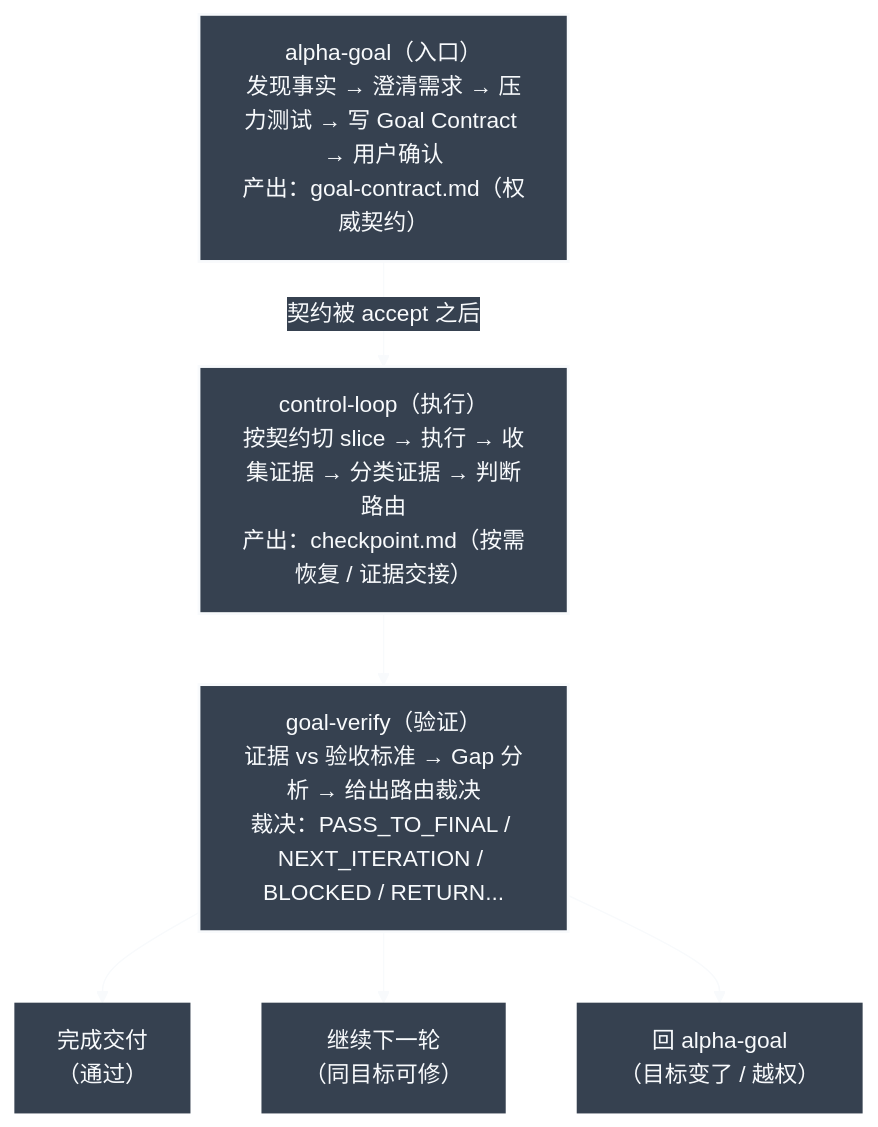
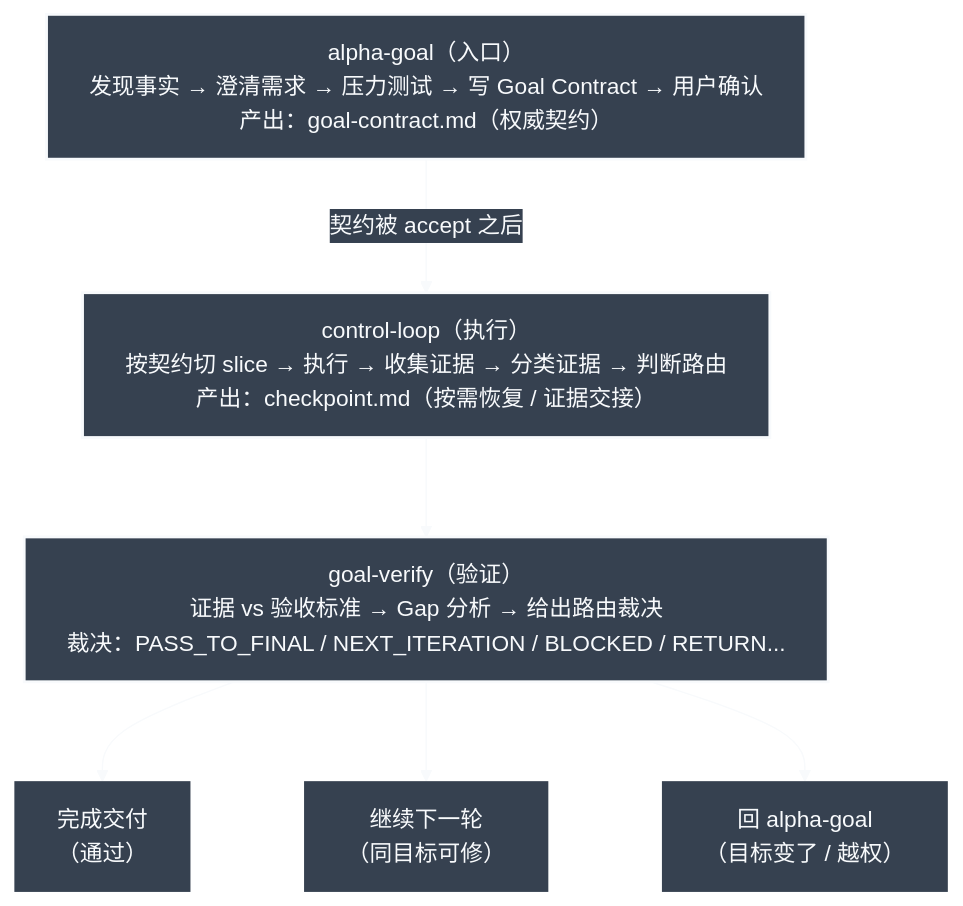
The diagram in README.md (azhonglee/alpha-goal), drawn with Mermaid before and after one commit. The commit also changed other lines of this file and 1 other file, not shown here.

Commit message:
Refine README architecture diagram and sections

````diff
--- a/README.md
+++ b/README.md
@@ -21,18 +21,18 @@
 ```mermaid
-%%{init: {"theme":"base","themeVariables":{"background":"#364150","primaryColor":"#364150","primaryTextColor":"#f8fafc","primaryBorderColor":"#f8fafc","lineColor":"#f8fafc","edgeLabelBackground":"#364150","fontFamily":"ui-monospace, SFMono-Regular, Menlo, Monaco, Consolas, monospace"}}}%%
+%%{init: {"theme":"base","flowchart":{"wrappingWidth":720,"nodeSpacing":80,"rankSpacing":70,"htmlLabels":true},"markdownAutoWrap":false,"themeVariables":{"background":"#364150","primaryColor":"#364150","primaryTextColor":"#f8fafc","primaryBorderColor":"#f8fafc","lineColor":"#f8fafc","edgeLabelBackground":"#364150","fontFamily":"ui-monospace, SFMono-Regular, Menlo, Monaco, Consolas, monospace"}}}%%
 flowchart TD
   AG["alpha-goal（入口）<br/>发现事实 → 澄清需求 → 压力测试 → 写 Goal Contract → 用户确认<br/>产出：goal-contract.md（权威契约）"]
   CL["control-loop（执行）<br/>按契约切 slice → 执行 → 收集证据 → 分类证据 → 判断路由<br/>产出：checkpoint.md（按需恢复 / 证据交接）"]
   GV["goal-verify（验证）<br/>证据 vs 验收标准 → Gap 分析 → 给出路由裁决<br/>裁决：PASS_TO_FINAL / NEXT_ITERATION / BLOCKED / RETURN..."]
 
   AG -->|"契约被 accept 之后"| CL
   CL --> GV
   GV --> Pass["完成交付<br/>（通过）"]
   GV --> Next["继续下一轮<br/>（同目标可修）"]
   GV --> Return["回 alpha-goal<br/>（目标变了 / 越权）"]
 
   classDef stage fill:#364150,stroke:#f8fafc,color:#f8fafc,stroke-width:2px;
   classDef route fill:#364150,stroke:#364150,color:#f8fafc,stroke-width:0px;
   class AG,CL,GV stage;
   class Pass,Next,Return route;
 ```
````
